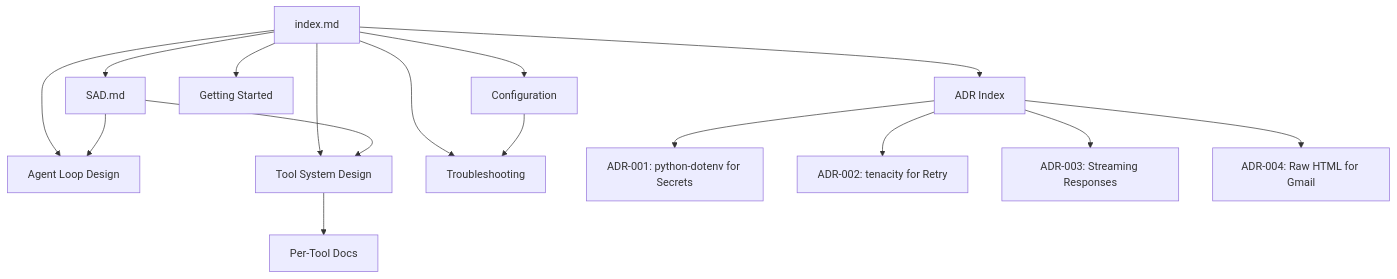
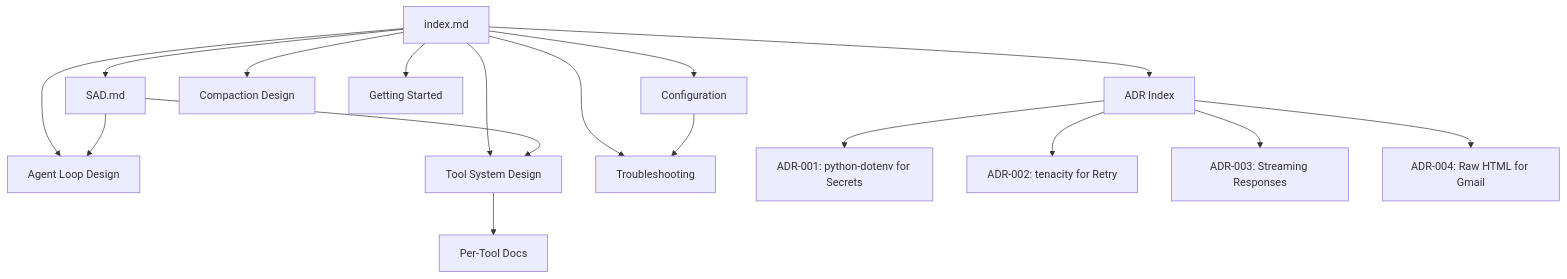
The diagram in documentation/docs/index.md (StephenDenisEdwards/micro-x-agent-loop-python), drawn with Mermaid before and after one commit. The commit also changed other lines of this file and 8 other files, not shown here.

````diff
--- a/documentation/docs/index.md
+++ b/documentation/docs/index.md
@@ -27,20 +28,21 @@
 ```mermaid
 graph TD
     INDEX[index.md] --> SAD[SAD.md]
     INDEX --> ADR[ADR Index]
     INDEX --> DESIGN1[Agent Loop Design]
     INDEX --> DESIGN2[Tool System Design]
+    INDEX --> DESIGN3[Compaction Design]
     INDEX --> OPS1[Getting Started]
     INDEX --> OPS2[Configuration]
     INDEX --> OPS3[Troubleshooting]
 
     ADR --> ADR001[ADR-001: python-dotenv for Secrets]
     ADR --> ADR002[ADR-002: tenacity for Retry]
     ADR --> ADR003[ADR-003: Streaming Responses]
     ADR --> ADR004[ADR-004: Raw HTML for Gmail]
 
     SAD --> DESIGN1
     SAD --> DESIGN2
     DESIGN2 --> TOOLS[Per-Tool Docs]
     OPS2 --> OPS3
 ```
````
